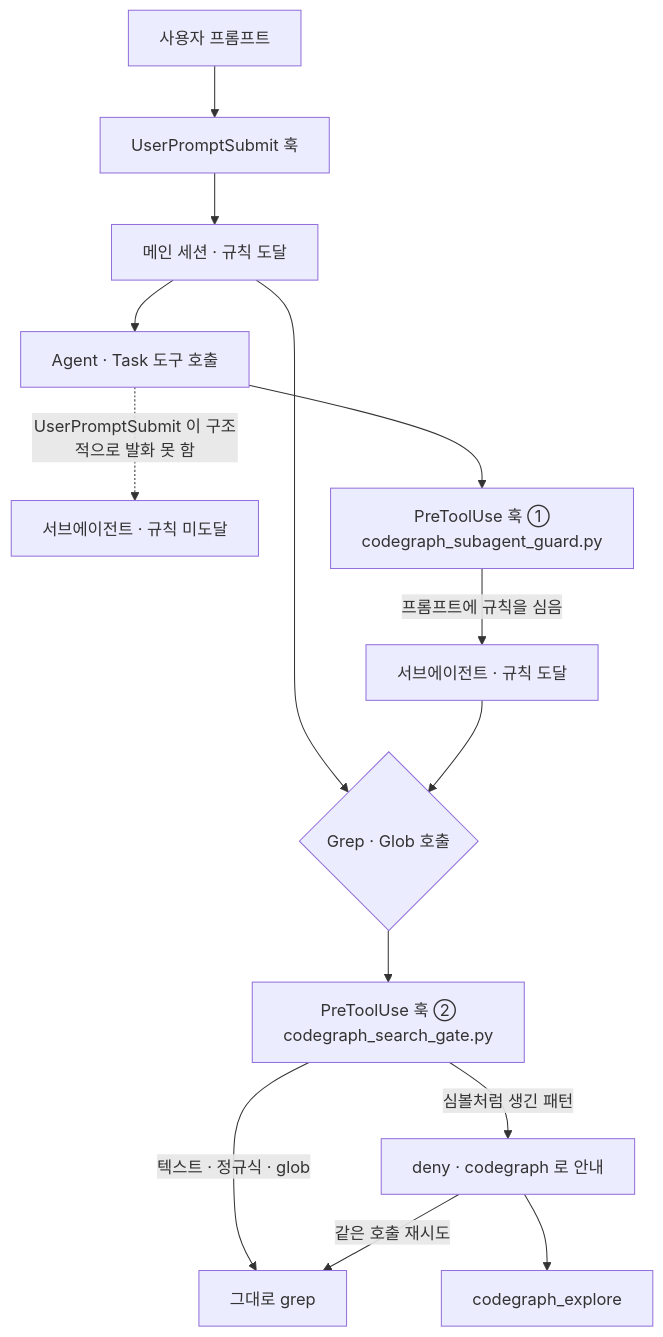
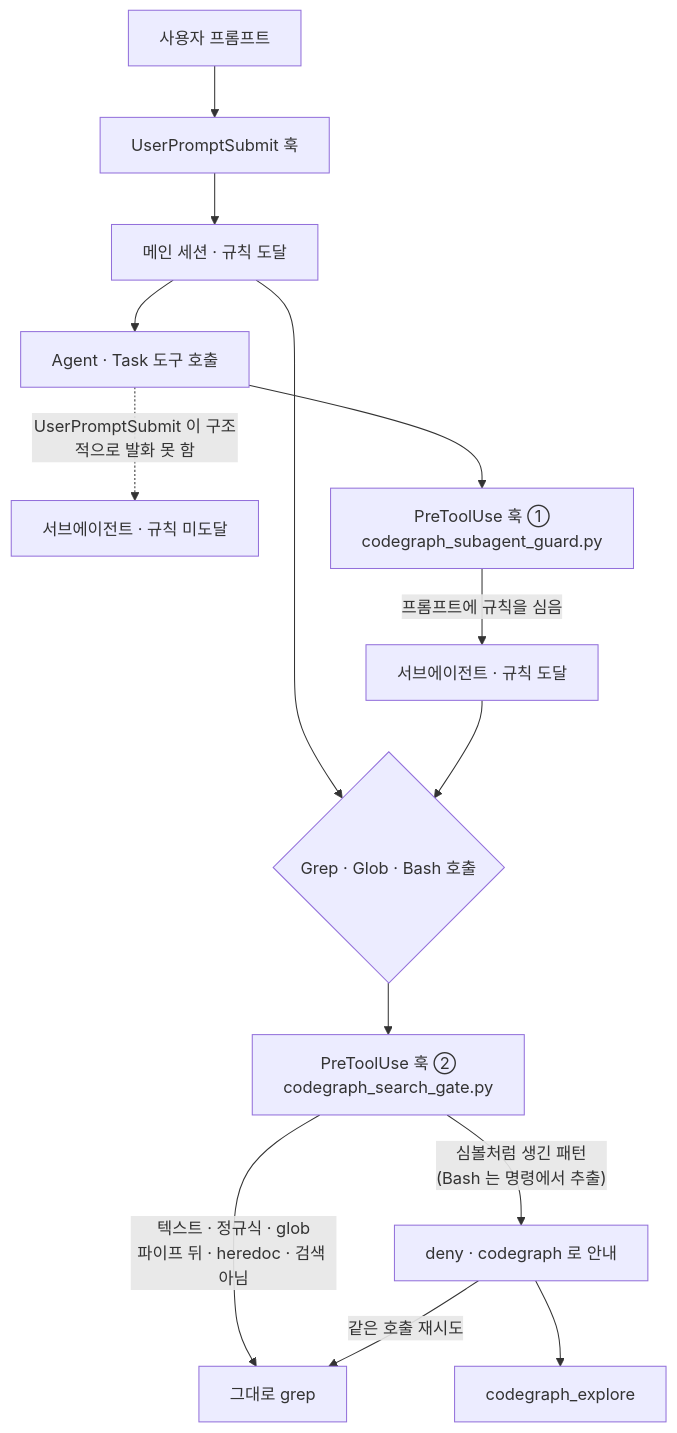
Before and after one commit to kbk109-dev/kbk109-plugins-marketplace: the seventh of 7 diagrams in docs/guide/project-conventions.md, drawn with Mermaid. The commit also changed other lines of this file and 9 other files, not shown here.

First line of the commit message:
fix: 검색 게이트가 Bash 의 grep 도 막는다 (1.10.0)

````diff
--- a/docs/guide/project-conventions.md
+++ b/docs/guide/project-conventions.md
@@ -335,18 +335,18 @@
 ```mermaid
 flowchart TD
   U[사용자 프롬프트] --> UPS[UserPromptSubmit 훅]
   UPS --> M[메인 세션 · 규칙 도달]
-  M --> G1{"Grep · Glob 호출"}
+  M --> G1{"Grep · Glob · Bash 호출"}
   M --> T[Agent · Task 도구 호출]
 
   T -. UserPromptSubmit 이 구조적으로 발화 못 함 .-> SA[서브에이전트 · 규칙 미도달]
   T --> PRE["PreToolUse 훅 ①<br/>codegraph_subagent_guard.py"]
   PRE -->|프롬프트에 규칙을 심음| SA2[서브에이전트 · 규칙 도달]
   SA2 --> G1
 
   G1 --> GATE["PreToolUse 훅 ②<br/>codegraph_search_gate.py"]
-  GATE -->|심볼처럼 생긴 패턴| DENY[deny · codegraph 로 안내]
-  GATE -->|텍스트 · 정규식 · glob| PASS[그대로 grep]
+  GATE -->|"심볼처럼 생긴 패턴<br/>(Bash 는 명령에서 추출)"| DENY[deny · codegraph 로 안내]
+  GATE -->|"텍스트 · 정규식 · glob<br/>파이프 뒤 · heredoc · 검색 아님"| PASS[그대로 grep]
   DENY -->|같은 호출 재시도| PASS
   DENY --> CG[codegraph_explore]
 ```
````
